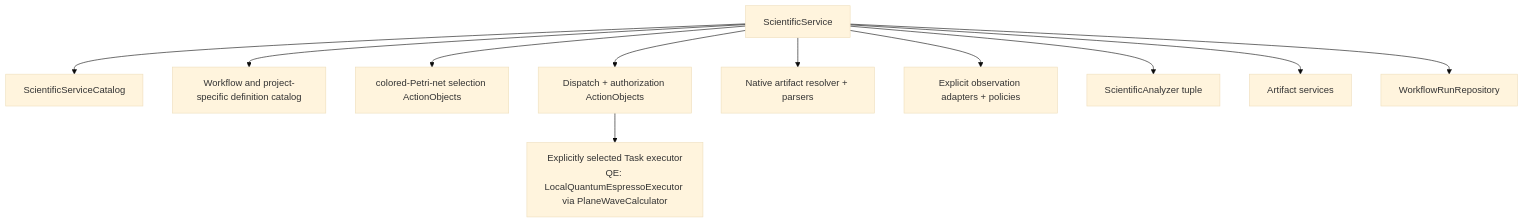
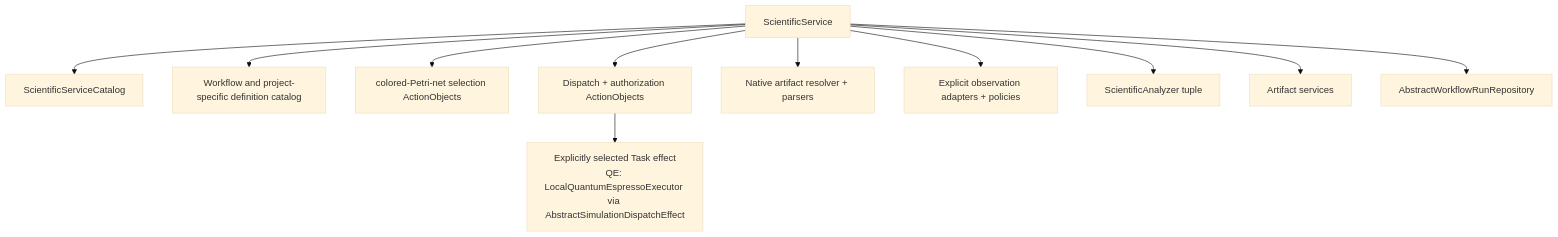
The diagram in docs/architecture/v2/ksdft2effmass/workflows/service-model.md (eragasa/ksdft2effmass), drawn with Mermaid (base theme) before and after one commit. The commit also changed other lines of this file and 94 other files, not shown here.

Commit message:
docs(architecture): close nominal ABC migration gate

````diff
--- a/docs/architecture/v2/ksdft2effmass/workflows/service-model.md
+++ b/docs/architecture/v2/ksdft2effmass/workflows/service-model.md
@@ -20,13 +20,13 @@
 ```mermaid
 flowchart TB
     service["ScientificService"] --> catalog["ScientificServiceCatalog"]
     service --> definitions["Workflow and project-specific definition catalog"]
     service --> selection["colored-Petri-net selection ActionObjects"]
     service --> dispatch["Dispatch + authorization ActionObjects"]
-    dispatch --> executors["Explicitly selected Task executor<br/>QE: LocalQuantumEspressoExecutor via PlaneWaveCalculator"]
+    dispatch --> executors["Explicitly selected Task effect<br/>QE: LocalQuantumEspressoExecutor via AbstractSimulationDispatchEffect"]
     service --> parsing["Native artifact resolver + parsers"]
     service --> normalization["Explicit observation adapters + policies"]
     service --> analyzers["ScientificAnalyzer tuple"]
     service --> artifacts["Artifact services"]
-    service --> repository["WorkflowRunRepository"]
+    service --> repository["AbstractWorkflowRunRepository"]
 ```
````
